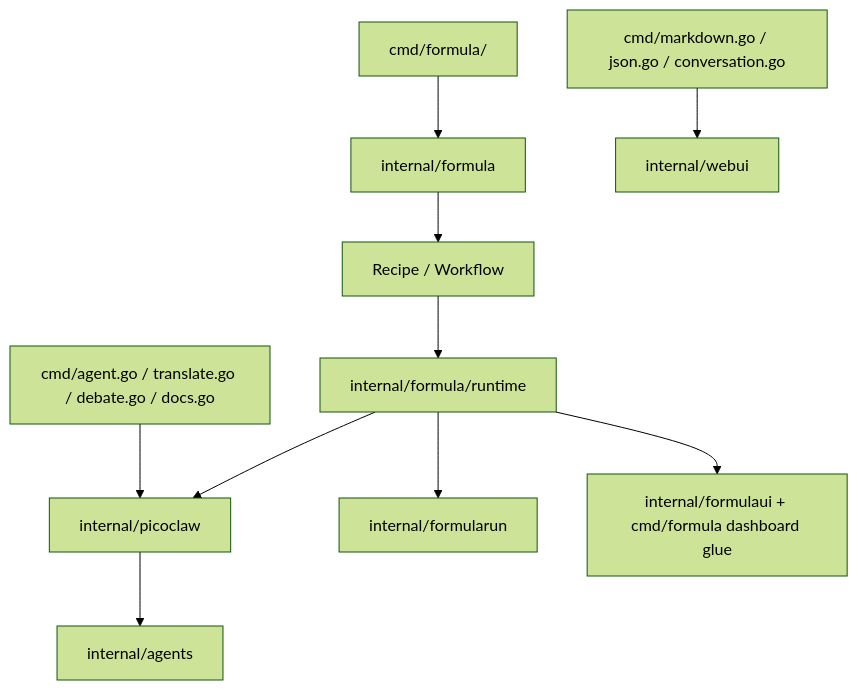
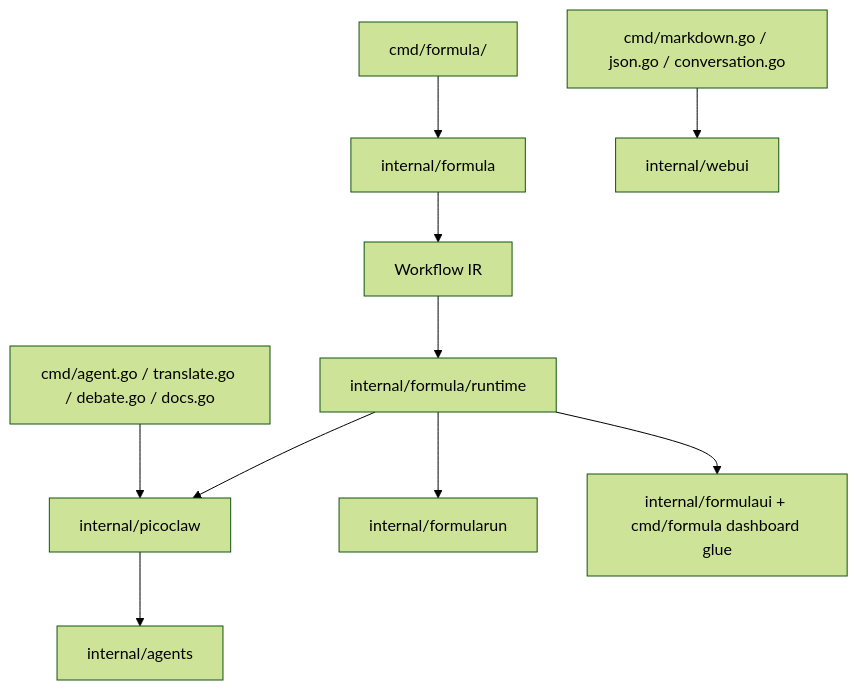
The second of 2 diagrams in ai-docs/module-map.md (sjzsdu/tt), drawn with Mermaid (forest theme) before and after one commit. The commit also changed other lines of this file and 28 other files, not shown here.

````diff
--- a/ai-docs/module-map.md
+++ b/ai-docs/module-map.md
@@ -283,14 +274,14 @@
 ```mermaid
 flowchart TD
     A[cmd/formula/] --> B[internal/formula]
-    B --> C[Recipe / Workflow]
+    B --> C[Workflow IR]
     C --> D[internal/formula/runtime]
     D --> E[internal/picoclaw]
     D --> F[internal/formularun]
     D --> G[internal/formulaui + cmd/formula dashboard glue]
 
     H[cmd/agent.go / translate.go / debate.go / docs.go] --> E
     E --> I[internal/agents]
 
     J[cmd/markdown.go / json.go / conversation.go] --> K[internal/webui]
 ```
````
